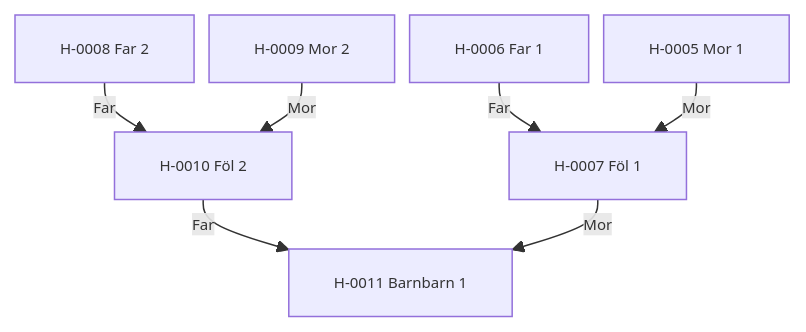
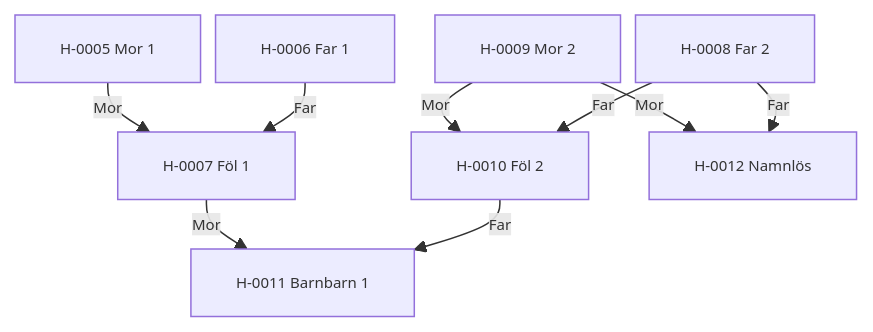
The diagram in content/02. Register/02.3 Stamtavlor/Stamtavla H-0005.md (awoltmp/horse-registry), drawn with Mermaid before and after one commit. The commit also changed other lines of this file and 46 other files, not shown here.

````diff
--- a/content/02. Register/02.3 Stamtavlor/Stamtavla H-0005.md
+++ b/content/02. Register/02.3 Stamtavlor/Stamtavla H-0005.md
@@ -26,18 +26,21 @@
 ```mermaid
 %%{init: {"flowchart": {"nodeSpacing": 10, "rankSpacing": 18, "curve": "basis", "htmlLabels": true}, "themeVariables": {"fontSize": "10px"}}}%%
 flowchart TB
     h0["H-0005 Mor 1"]
     h1["H-0006 Far 1"]
     h2["H-0007 Föl 1"]
     h3["H-0008 Far 2"]
     h4["H-0009 Mor 2"]
     h5["H-0010 Föl 2"]
     h6["H-0011 Barnbarn 1"]
+    h7["H-0012 Namnlös"]
     h1 -->|Far| h2
     h0 -->|Mor| h2
     h3 -->|Far| h5
     h4 -->|Mor| h5
     h5 -->|Far| h6
     h2 -->|Mor| h6
-    class h0,h1,h2,h3,h4,h5,h6 internal-link;
+    h3 -->|Far| h7
+    h4 -->|Mor| h7
+    class h0,h1,h2,h3,h4,h5,h6,h7 internal-link;
 ```
````
